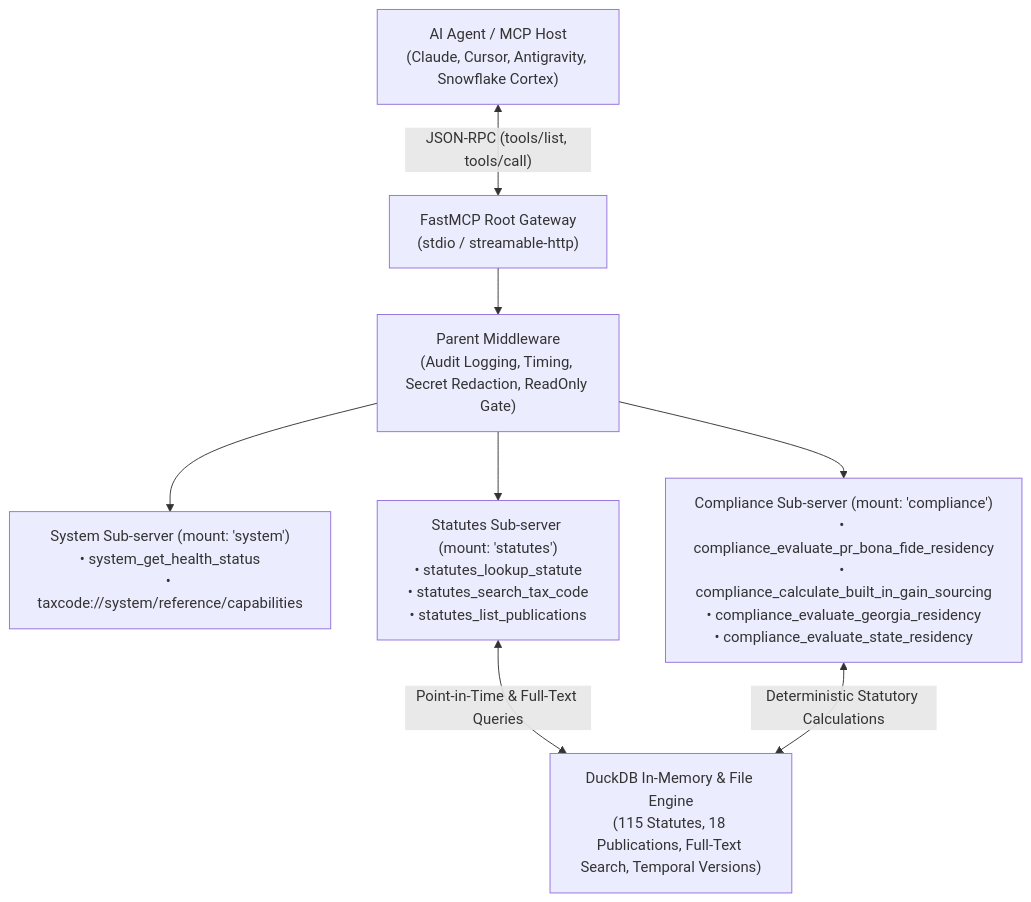
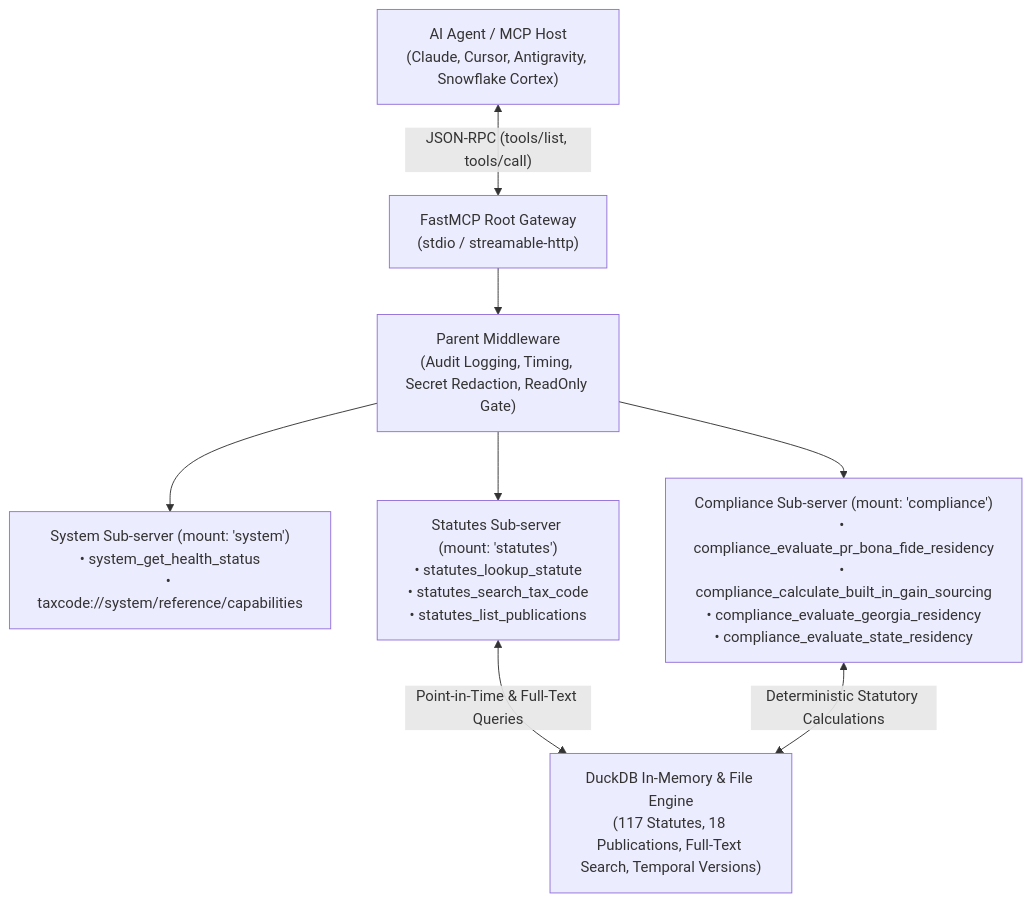
The diagram in README.md (christianclaudio/mcp-server-taxcode), drawn with Mermaid before and after one commit. The commit also changed other lines of this file and 11 other files, not shown here.

````diff
--- a/README.md
+++ b/README.md
@@ -22,18 +22,18 @@
 ```mermaid
 graph TD
     Client["AI Agent / MCP Host<br>(Claude, Cursor, Antigravity, Snowflake Cortex)"]
     Gateway["FastMCP Root Gateway<br>(stdio / streamable-http)"]
     ParentMW["Parent Middleware<br>(Audit Logging, Timing, Secret Redaction, ReadOnly Gate)"]
     SysSub["System Sub-server (mount: 'system')<br>• system_get_health_status<br>• taxcode://system/reference/capabilities"]
     StatSub["Statutes Sub-server (mount: 'statutes')<br>• statutes_lookup_statute<br>• statutes_search_tax_code<br>• statutes_list_publications"]
     CompSub["Compliance Sub-server (mount: 'compliance')<br>• compliance_evaluate_pr_bona_fide_residency<br>• compliance_calculate_built_in_gain_sourcing<br>• compliance_evaluate_georgia_residency<br>• compliance_evaluate_state_residency"]
-    DuckDB["DuckDB In-Memory & File Engine<br>(115 Statutes, 18 Publications, Full-Text Search, Temporal Versions)"]
+    DuckDB["DuckDB In-Memory & File Engine<br>(117 Statutes, 18 Publications, Full-Text Search, Temporal Versions)"]
 
     Client <-->|"JSON-RPC (tools/list, tools/call)"| Gateway
     Gateway --> ParentMW
     ParentMW --> SysSub
     ParentMW --> StatSub
     ParentMW --> CompSub
     StatSub <-->|"Point-in-Time & Full-Text Queries"| DuckDB
     CompSub <-->|"Deterministic Statutory Calculations"| DuckDB
 ```
````
